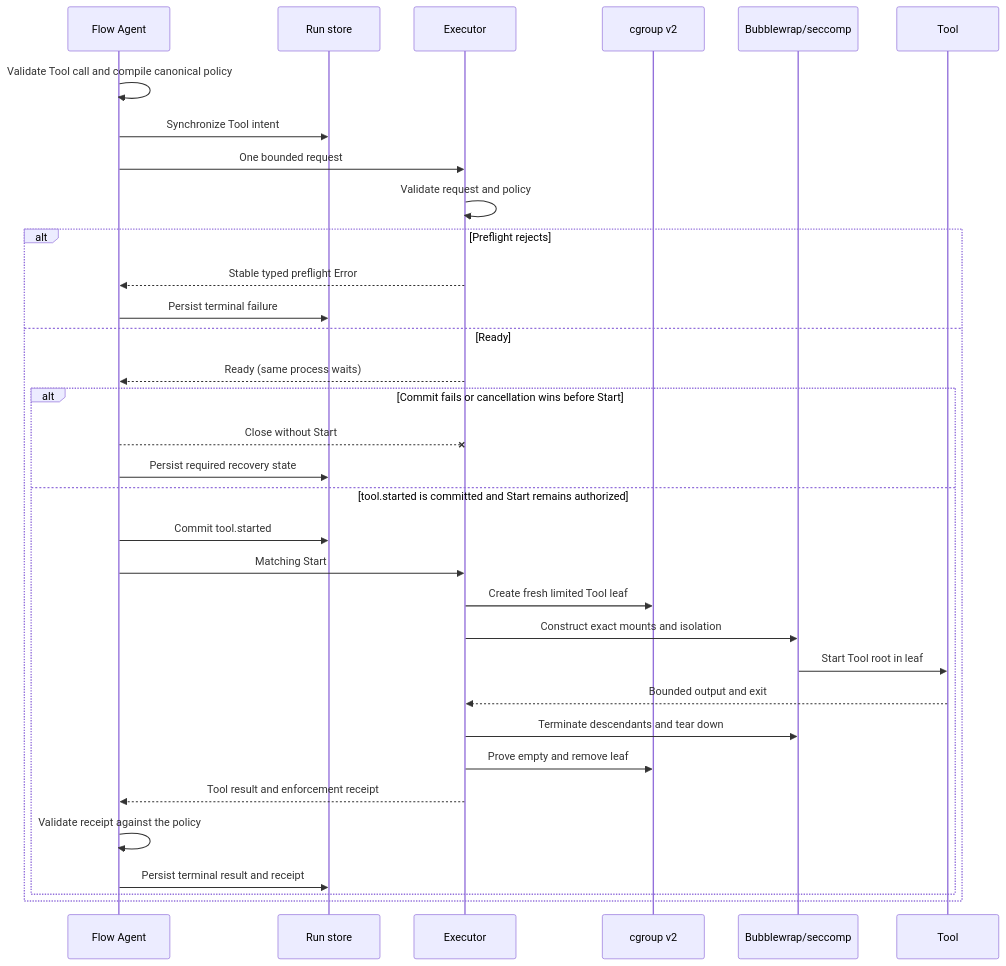
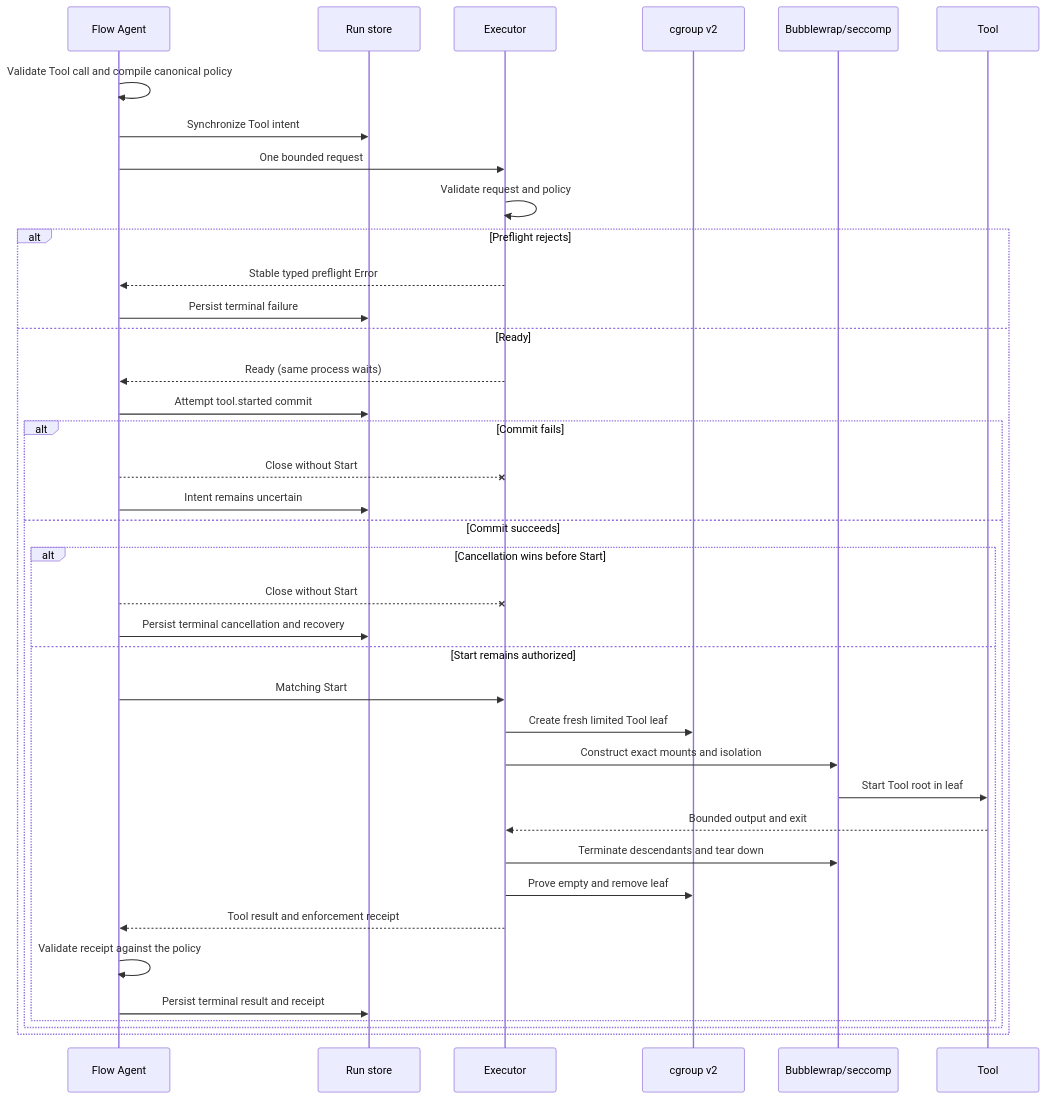
One commit to Open-Equilibrium/watershed changed the third of 3 diagrams in docs/concept/flow-agent-executor-architecture.md. Above: the diagram before and after it, drawn with Mermaid. The commit also changed 1 other file, not shown here.

Commit message:
docs: distinguish executor recovery paths

````diff
--- a/docs/concept/flow-agent-executor-architecture.md
+++ b/docs/concept/flow-agent-executor-architecture.md
@@ -65,35 +65,40 @@
 ```mermaid
 sequenceDiagram
   participant F as Flow Agent
   participant S as Run store
   participant E as Executor
   participant C as cgroup v2
   participant B as Bubblewrap/seccomp
   participant T as Tool
   F->>F: Validate Tool call and compile canonical policy
   F->>S: Synchronize Tool intent
   F->>E: One bounded request
   E->>E: Validate request and policy
   alt Preflight rejects
     E-->>F: Stable typed preflight Error
     F->>S: Persist terminal failure
   else Ready
     E-->>F: Ready (same process waits)
-    alt Commit fails or cancellation wins before Start
+    F->>S: Attempt tool.started commit
+    alt Commit fails
       F--xE: Close without Start
-      F->>S: Persist required recovery state
-    else tool.started is committed and Start remains authorized
-      F->>S: Commit tool.started
-      F->>E: Matching Start
-      E->>C: Create fresh limited Tool leaf
-      E->>B: Construct exact mounts and isolation
-      B->>T: Start Tool root in leaf
-      T-->>E: Bounded output and exit
-      E->>B: Terminate descendants and tear down
-      E->>C: Prove empty and remove leaf
-      E-->>F: Tool result and enforcement receipt
-      F->>F: Validate receipt against the policy
-      F->>S: Persist terminal result and receipt
+      F->>S: Intent remains uncertain
+    else Commit succeeds
+      alt Cancellation wins before Start
+        F--xE: Close without Start
+        F->>S: Persist terminal cancellation and recovery
+      else Start remains authorized
+        F->>E: Matching Start
+        E->>C: Create fresh limited Tool leaf
+        E->>B: Construct exact mounts and isolation
+        B->>T: Start Tool root in leaf
+        T-->>E: Bounded output and exit
+        E->>B: Terminate descendants and tear down
+        E->>C: Prove empty and remove leaf
+        E-->>F: Tool result and enforcement receipt
+        F->>F: Validate receipt against the policy
+        F->>S: Persist terminal result and receipt
+      end
     end
   end
 ```
````
